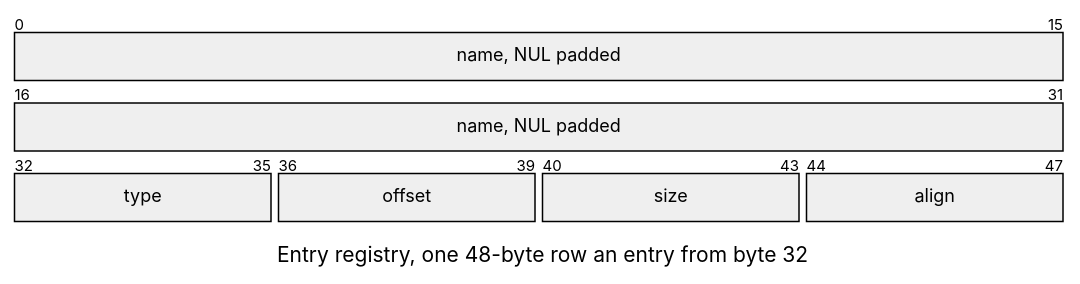
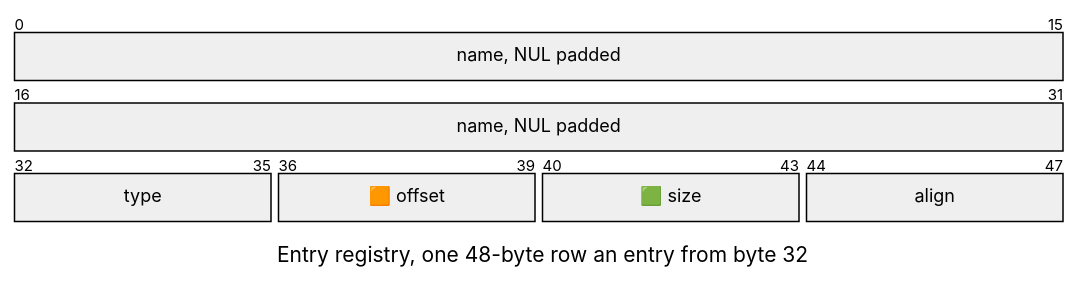
One commit to jose-villegas/autana changed the second of 2 diagrams in docs/assets/formats/APAK.md. Above: the diagram before and after it, drawn with Mermaid. The commit also changed other lines of this file and 14 other files, not shown here.

````diff
--- a/docs/assets/formats/APAK.md
+++ b/docs/assets/formats/APAK.md
@@ -22,15 +22,15 @@
 ```mermaid
 ---
 config:
   packet:
     bitsPerRow: 16
     bitWidth: 44
 ---
 packet-beta
 title Entry registry, one 48-byte row an entry from byte 32
 0-31: "name, NUL padded"
 32-35: "type"
-36-39: "offset"
-40-43: "size"
+36-39: "🟧 offset"
+40-43: "🟩 size"
 44-47: "align"
 ```
````
